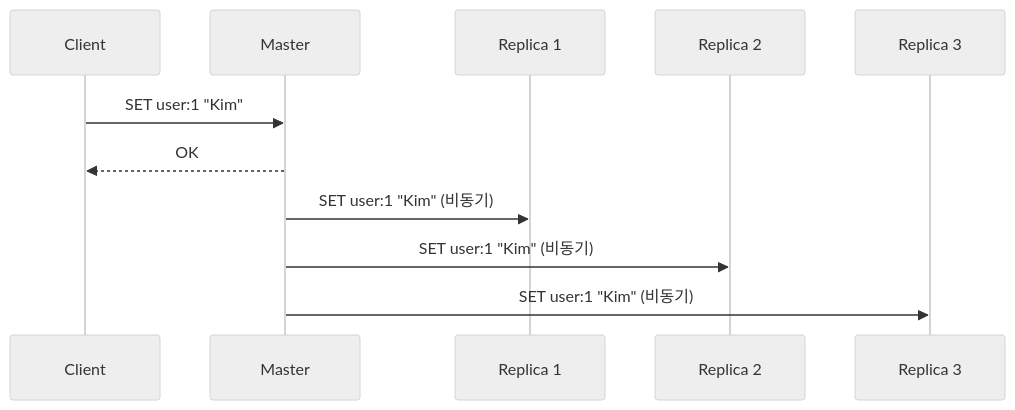
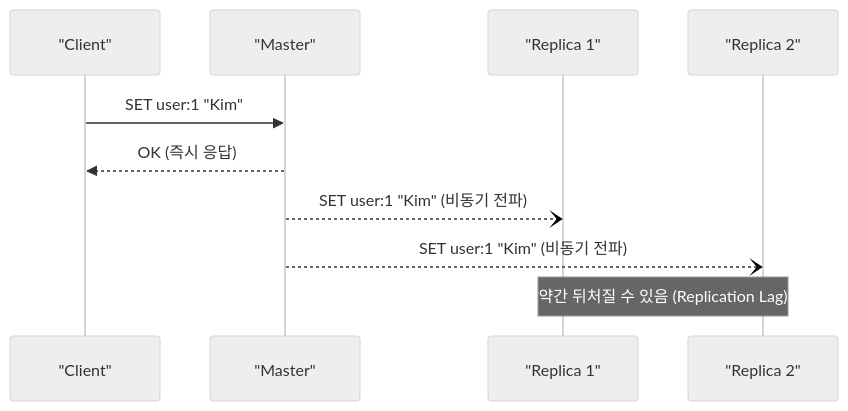
Before and after one commit to yjkim2015/yjkim2015.github.io: the fourth of 9 diagrams in _posts/redis/2026-05-01-redis-replication.md, drawn with Mermaid (neutral theme). The commit also changed other lines of this file and 122 other files, not shown here.

````diff
--- a/_posts/redis/2026-05-01-redis-replication.md
+++ b/_posts/redis/2026-05-01-redis-replication.md
@@ -114,14 +108,13 @@
 ```mermaid
 sequenceDiagram
-    participant C as Client
-    participant M as Master
-    participant R1 as Replica 1
-    participant R2 as Replica 2
-    participant R3 as Replica 3
+    participant C as "Client"
+    participant M as "Master"
+    participant R1 as "Replica 1"
+    participant R2 as "Replica 2"
 
     C->>M: SET user:1 "Kim"
-    M-->>C: OK
-    M->>R1: SET user:1 "Kim" (비동기)
-    M->>R2: SET user:1 "Kim" (비동기)
-    M->>R3: SET user:1 "Kim" (비동기)
+    M-->>C: OK (즉시 응답)
+    M--)R1: SET user:1 "Kim" (비동기 전파)
+    M--)R2: SET user:1 "Kim" (비동기 전파)
+    Note over R1,R2: 약간 뒤처질 수 있음 (Replication Lag)
 ```
````
